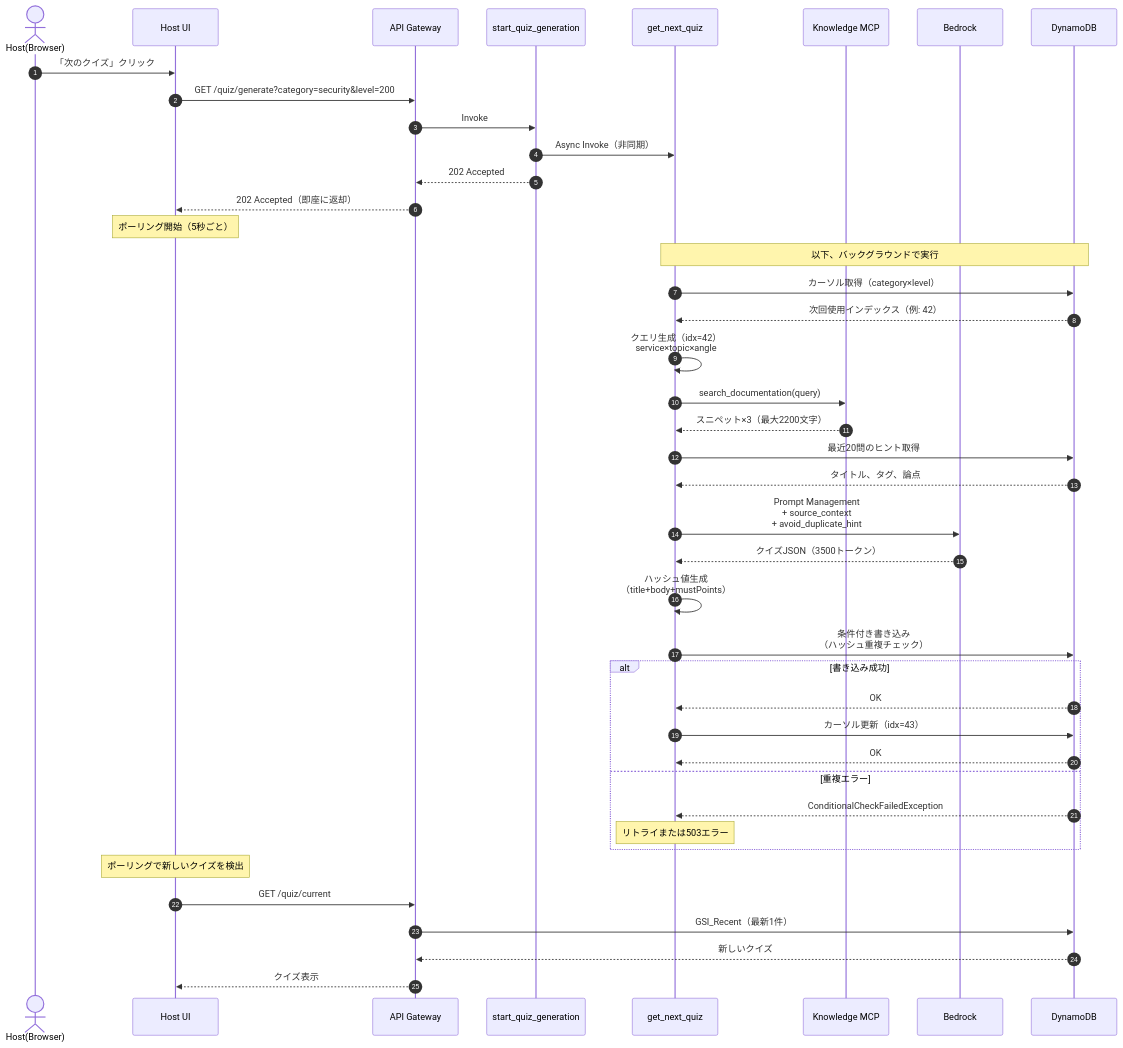
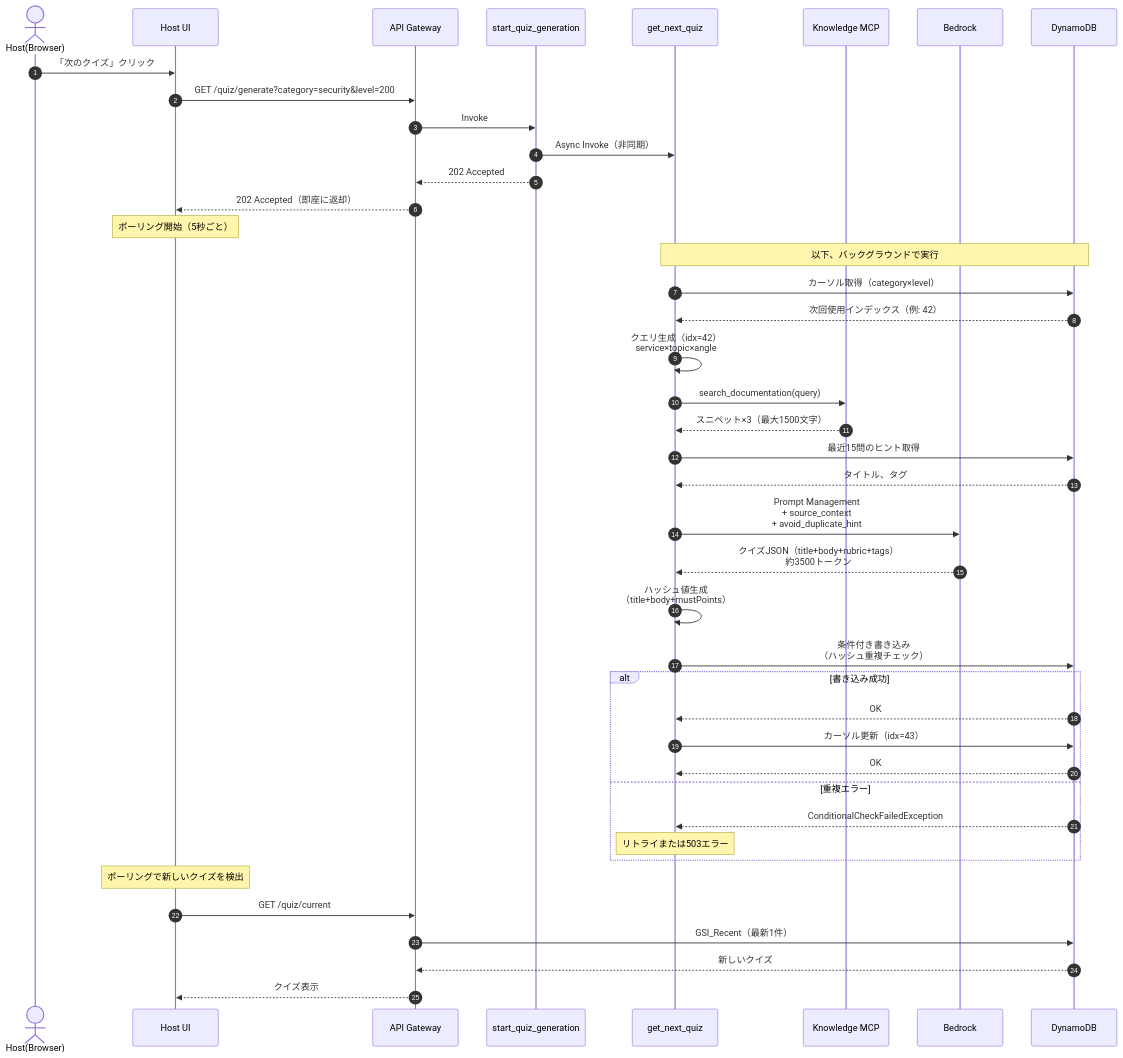
Before and after one commit to hatanoyoshihiko/aws_knowledge_quiz: the fifth of 8 diagrams in docs/architecture.md, drawn with Mermaid. The commit also changed 5 other files, not shown here.

```diff
--- a/docs/architecture.md
+++ b/docs/architecture.md
@@ -212,17 +212,17 @@
 
   NQ->>MCP: search_documentation(query)
 
-  MCP-->>NQ: スニペット×3（最大2200文字）
+  MCP-->>NQ: スニペット×3（最大1500文字）
 
 
-  NQ->>DB: 最近20問のヒント取得
+  NQ->>DB: 最近15問のヒント取得
 
-  DB-->>NQ: タイトル、タグ、論点
+  DB-->>NQ: タイトル、タグ
 
 
   NQ->>BR: Prompt Management<br/>+ source_context<br/>+ avoid_duplicate_hint
 
-  BR-->>NQ: クイズJSON（3500トークン）
+  BR-->>NQ: クイズJSON（title+body+rubric+tags）<br/>約3500トークン
 
 
   NQ->>NQ: ハッシュ値生成<br/>（title+body+mustPoints）
```
